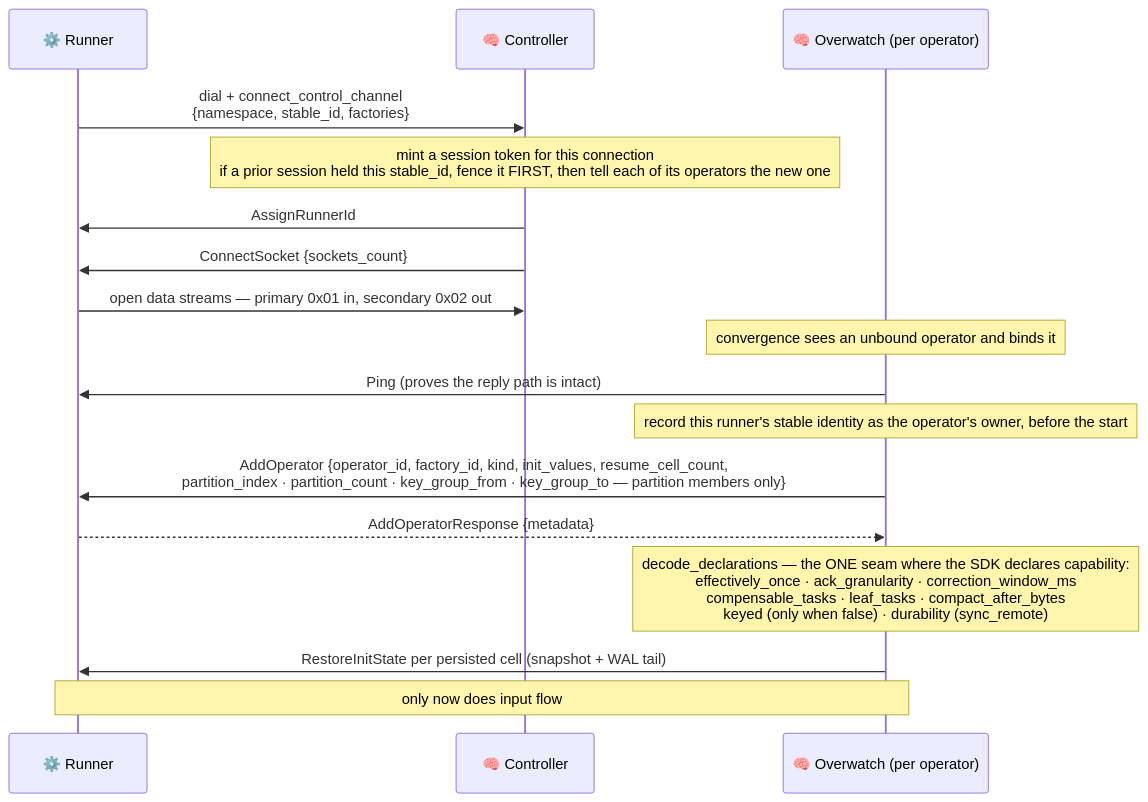
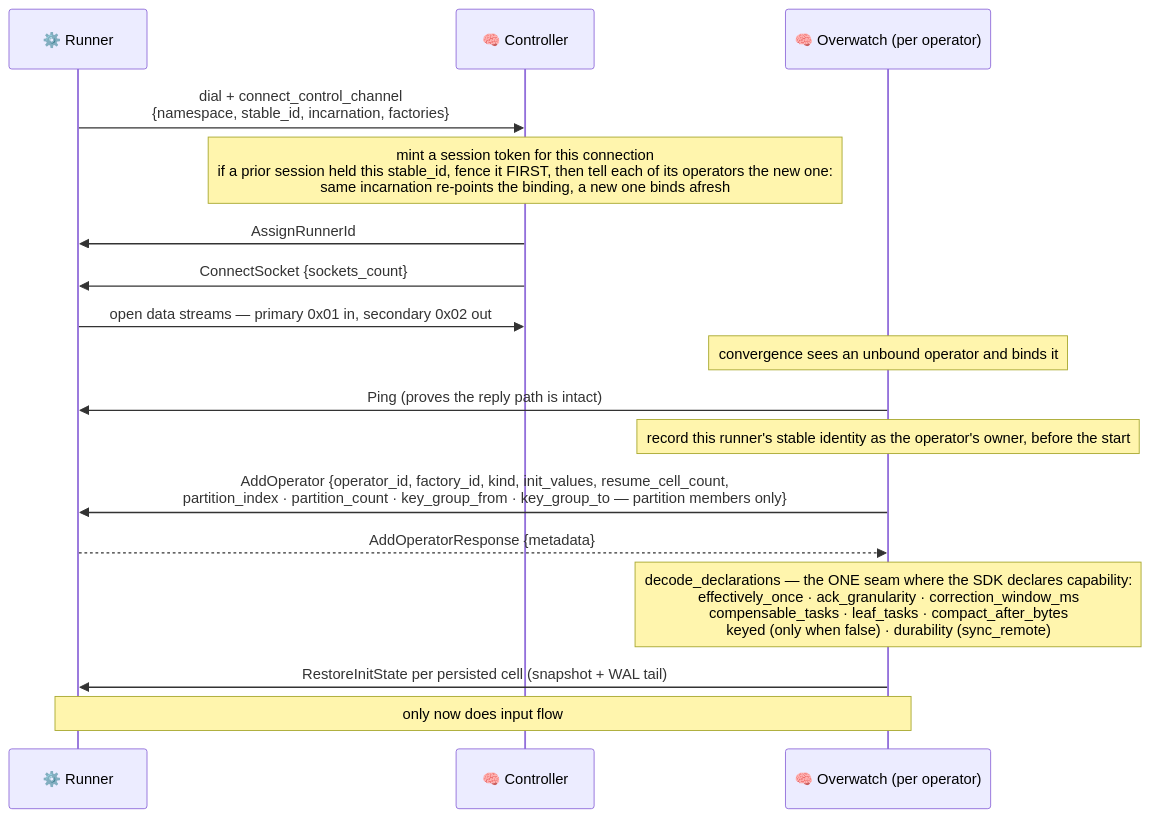
The seventh of 9 diagrams in docs/architecture/README.md (Flezha/flezha), drawn with Mermaid before and after one commit. The commit also changed other lines of this file and 16 other files, not shown here.

````diff
--- a/docs/architecture/README.md
+++ b/docs/architecture/README.md
@@ -399,21 +401,21 @@
 ```mermaid
 sequenceDiagram
     participant EX as ⚙️ Runner
     participant CTRL as 🧠 Controller
     participant OW as 🧠 Overwatch (per operator)
 
-    EX->>CTRL: dial + connect_control_channel<br/>{namespace, stable_id, factories}
-    Note over CTRL: mint a session token for this connection<br/>if a prior session held this stable_id, fence it FIRST, then tell each of its operators the new one
+    EX->>CTRL: dial + connect_control_channel<br/>{namespace, stable_id, incarnation, factories}
+    Note over CTRL: mint a session token for this connection<br/>if a prior session held this stable_id, fence it FIRST, then tell each of its operators the new one:<br/>same incarnation re-points the binding, a new one binds afresh
     CTRL->>EX: AssignRunnerId
     CTRL->>EX: ConnectSocket {sockets_count}
     EX->>CTRL: open data streams — primary 0x01 in, secondary 0x02 out
 
     Note over OW: convergence sees an unbound operator and binds it
     OW->>EX: Ping (proves the reply path is intact)
     Note over OW: record this runner's stable identity as the operator's owner, before the start
     OW->>EX: AddOperator {operator_id, factory_id, kind, init_values, resume_cell_count,<br/>partition_index · partition_count · key_group_from · key_group_to — partition members only}
     EX-->>OW: AddOperatorResponse {metadata}
     Note over OW: decode_declarations — the ONE seam where the SDK declares capability:<br/>effectively_once · ack_granularity · correction_window_ms<br/>compensable_tasks · leaf_tasks · compact_after_bytes<br/>keyed (only when false) · durability (sync_remote)
     OW->>EX: RestoreInitState per persisted cell (snapshot + WAL tail)
     Note over OW,EX: only now does input flow
 ```
````
